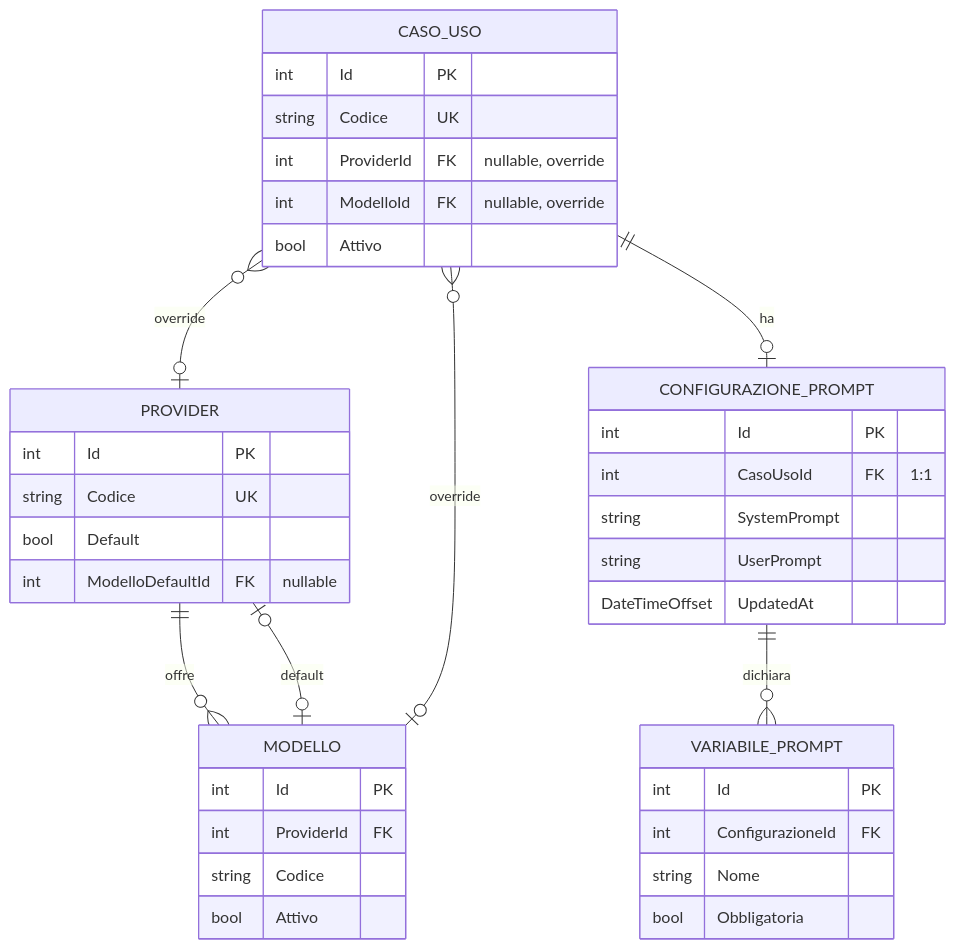
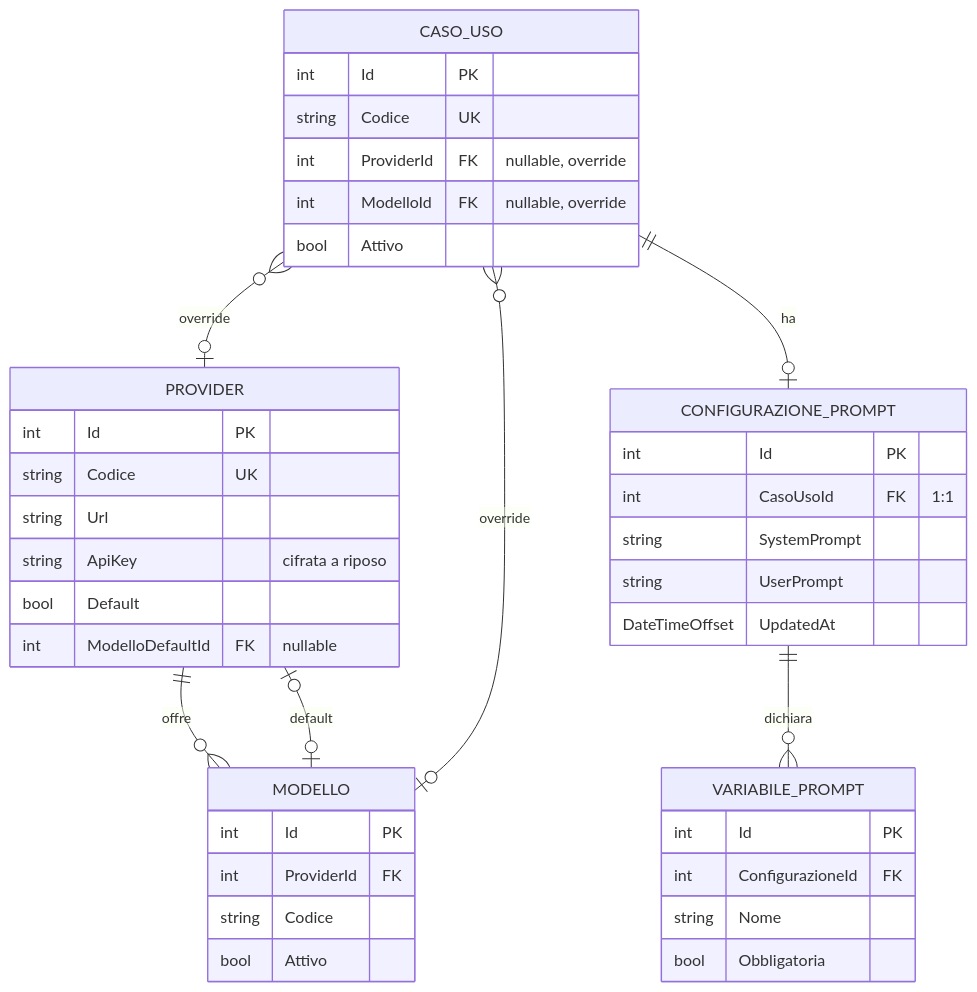
The diagram in docs/tecnologie/csharp/esempi/modellazioni/04-db-prompt-ai.md (cagianx/my-docs), drawn with Mermaid before and after one commit. The commit also changed other lines of this file, not shown here.

First line of the commit message:
docs: aggiunge Url e ApiKey al Provider AI

````diff
--- a/docs/tecnologie/csharp/esempi/modellazioni/04-db-prompt-ai.md
+++ b/docs/tecnologie/csharp/esempi/modellazioni/04-db-prompt-ai.md
@@ -41,41 +41,43 @@
 ```mermaid
 erDiagram
     PROVIDER ||--o{ MODELLO : offre
     PROVIDER |o--o| MODELLO : "default"
     CASO_USO }o--o| PROVIDER : "override"
     CASO_USO }o--o| MODELLO : "override"
     CASO_USO ||--o| CONFIGURAZIONE_PROMPT : ha
     CONFIGURAZIONE_PROMPT ||--o{ VARIABILE_PROMPT : dichiara
     PROVIDER {
         int Id PK
         string Codice UK
+        string Url
+        string ApiKey "cifrata a riposo"
         bool Default
         int ModelloDefaultId FK "nullable"
     }
     MODELLO {
         int Id PK
         int ProviderId FK
         string Codice
         bool Attivo
     }
     CASO_USO {
         int Id PK
         string Codice UK
         int ProviderId FK "nullable, override"
         int ModelloId FK "nullable, override"
         bool Attivo
     }
     CONFIGURAZIONE_PROMPT {
         int Id PK
         int CasoUsoId FK "1:1"
         string SystemPrompt
         string UserPrompt
         DateTimeOffset UpdatedAt
     }
     VARIABILE_PROMPT {
         int Id PK
         int ConfigurazioneId FK
         string Nome
         bool Obbligatoria
     }
 ```
````
